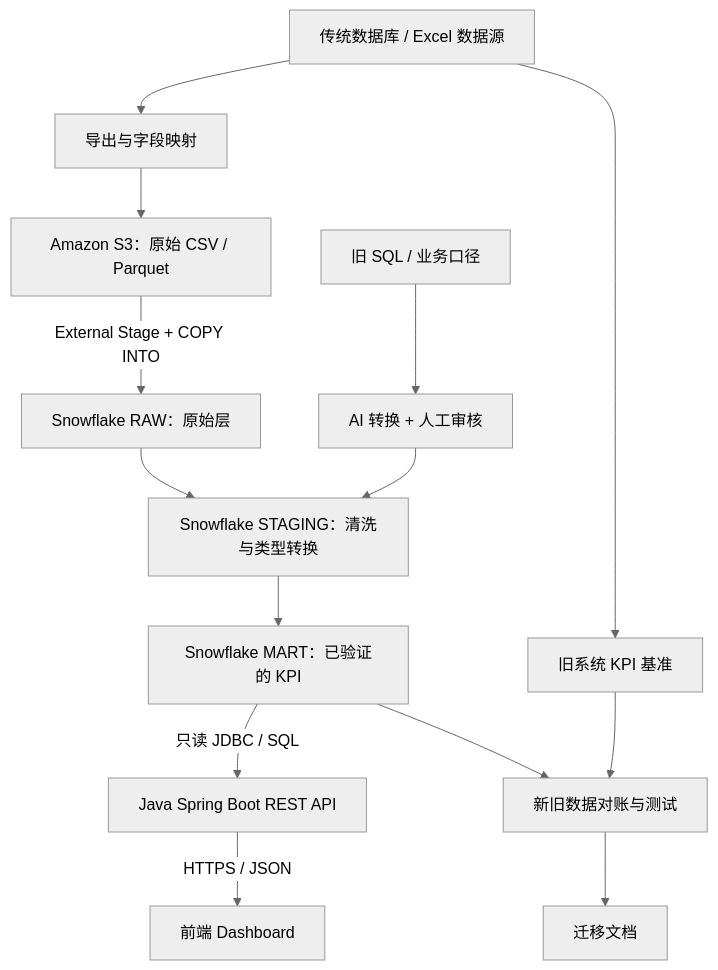
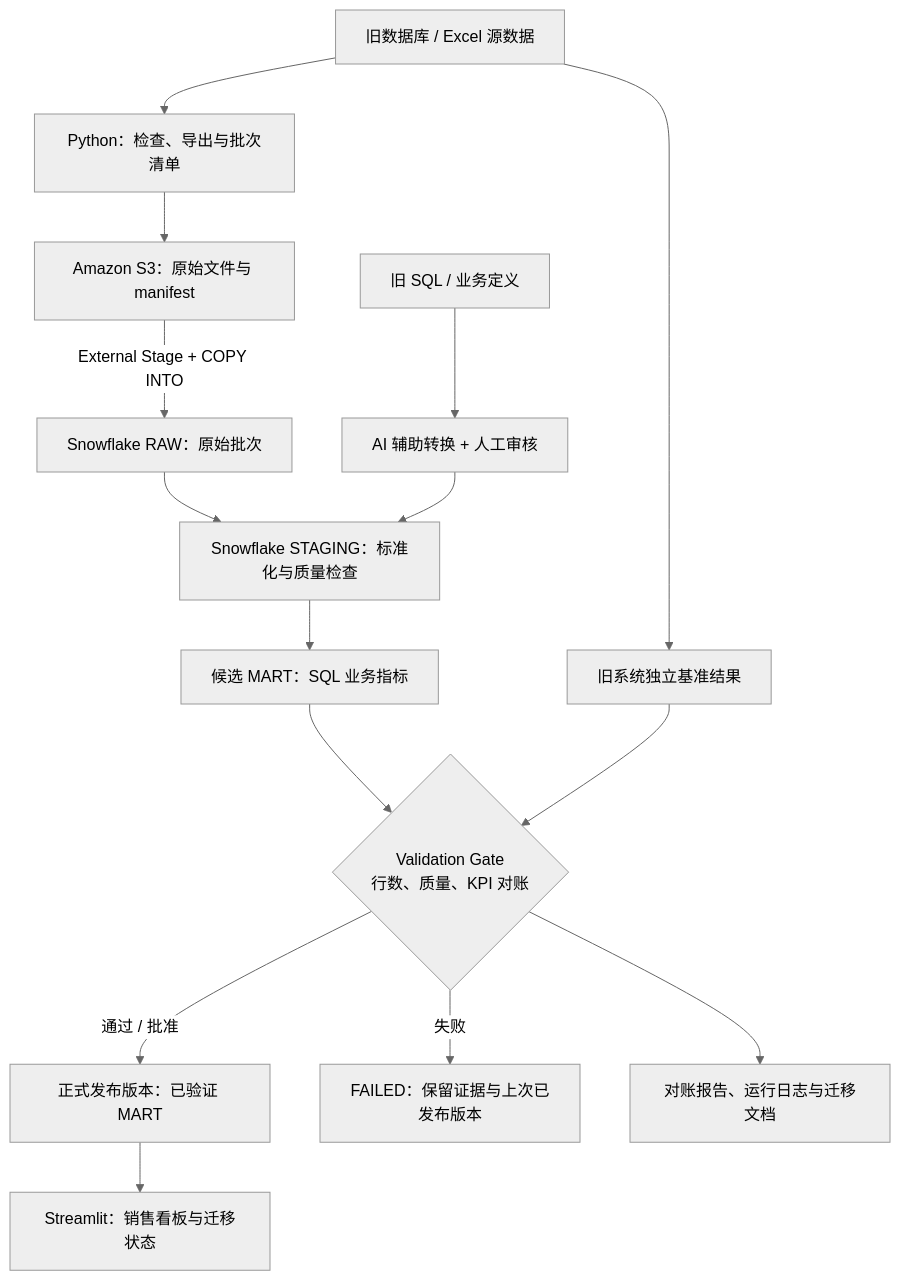
The diagram in README_CN.md (HackaThon-jok/datathon), drawn with Mermaid (neutral theme) before and after one commit. The commit also changed other lines of this file and 21 other files, not shown here.

````diff
--- a/README_CN.md
+++ b/README_CN.md
@@ -25,16 +27,17 @@
 ```mermaid
 flowchart TD
-    A["传统数据库 / Excel 数据源"] --> B["导出与字段映射"]
-    B --> C["Amazon S3：原始 CSV / Parquet"]
-    C -->|"External Stage + COPY INTO"| D["Snowflake RAW：原始层"]
-    D --> E["Snowflake STAGING：清洗与类型转换"]
-    E --> F["Snowflake MART：已验证的 KPI"]
-    F -->|"只读 JDBC / SQL"| G["Java Spring Boot REST API"]
-    G -->|"HTTPS / JSON"| H["前端 Dashboard"]
-    I["旧 SQL / 业务口径"] --> J["AI 转换 + 人工审核"]
-    J --> E
-    A --> K["旧系统 KPI 基准"]
-    F --> L["新旧数据对账与测试"]
-    K --> L
-    L --> M["迁移文档"]
+    A["旧数据库 / Excel 源数据"] --> B["Python：检查、导出与批次清单"]
+    B --> C["Amazon S3：原始文件与 manifest"]
+    C -->|"External Stage + COPY INTO"| D["Snowflake RAW：原始批次"]
+    D --> E["Snowflake STAGING：标准化与质量检查"]
+    E --> F["候选 MART：SQL 业务指标"]
+    A --> K["旧系统独立基准结果"]
+    F --> V{"Validation Gate\n行数、质量、KPI 对账"}
+    K --> V
+    V -->|通过 / 批准| P["正式发布版本：已验证 MART"]
+    V -->|失败| Q["FAILED：保留证据与上次已发布版本"]
+    P --> H["Streamlit：销售看板与迁移状态"]
+    L["旧 SQL / 业务定义"] --> AI["AI 辅助转换 + 人工审核"]
+    AI --> E
+    V --> R["对账报告、运行日志与迁移文档"]
 ```
````
